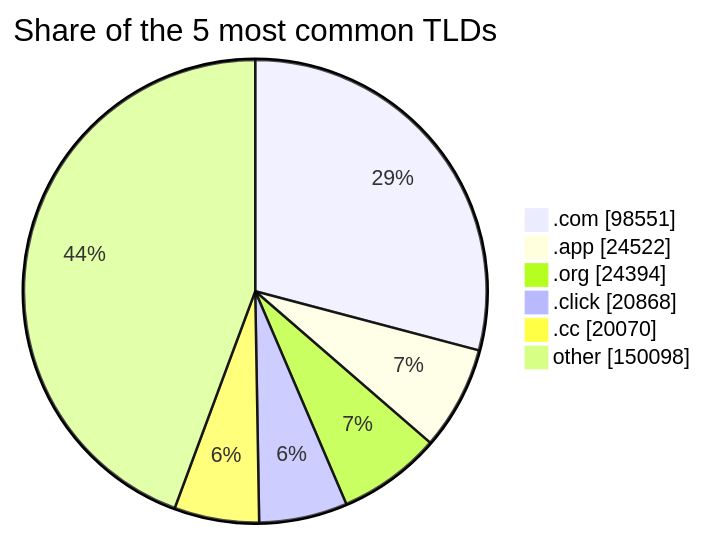
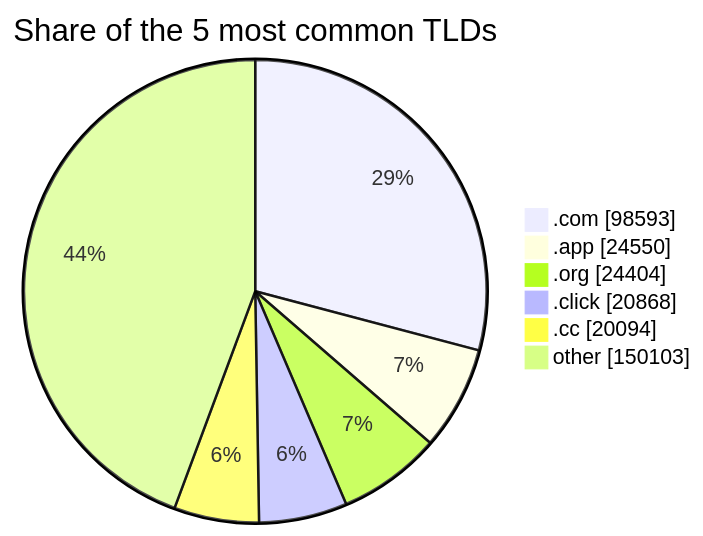
One commit to DNSBunker/CTI changed the third of 3 diagrams in README.md. Above: the diagram before and after it, drawn with Mermaid. The commit also changed other lines of this file and 4 other files, not shown here.

````diff
--- a/README.md
+++ b/README.md
@@ -81,9 +81,9 @@
 ```mermaid
 pie showData title Share of the 5 most common TLDs
-    ".com" : 98551
-    ".app" : 24522
-    ".org" : 24394
+    ".com" : 98593
+    ".app" : 24550
+    ".org" : 24404
     ".click" : 20868
-    ".cc" : 20070
-    "other" : 150098
+    ".cc" : 20094
+    "other" : 150103
 ```
````
